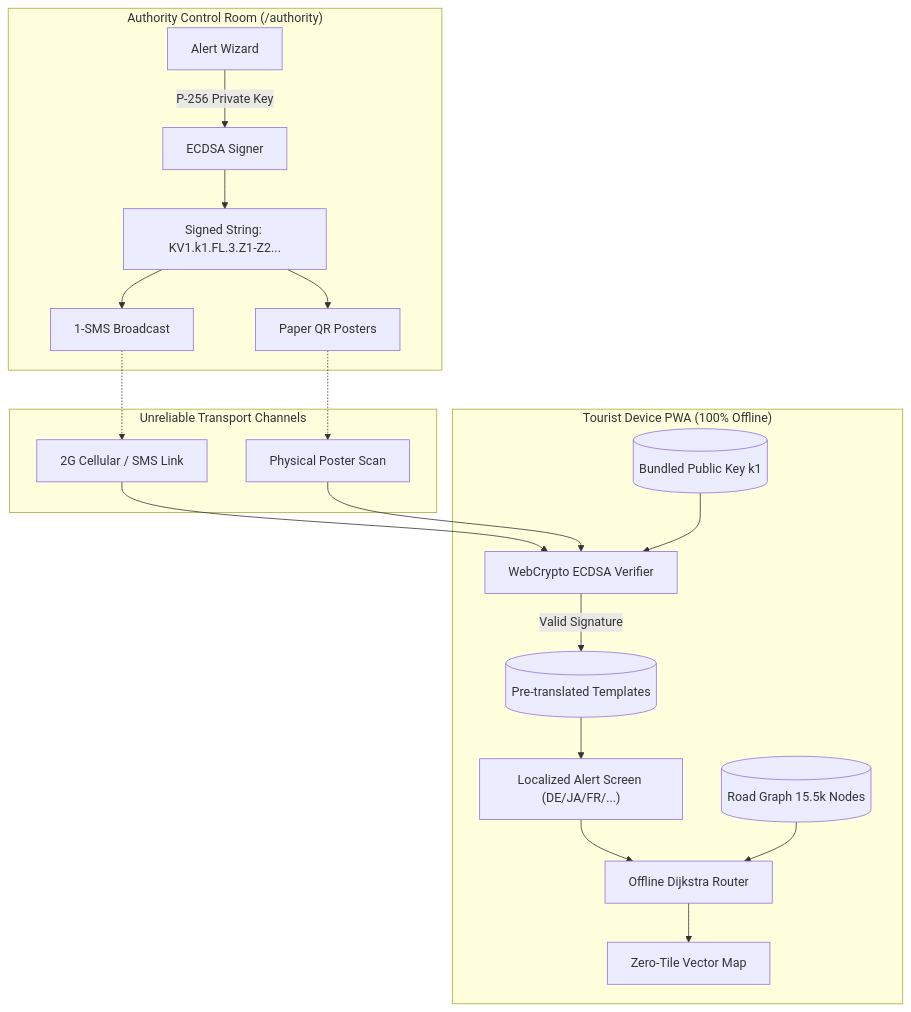
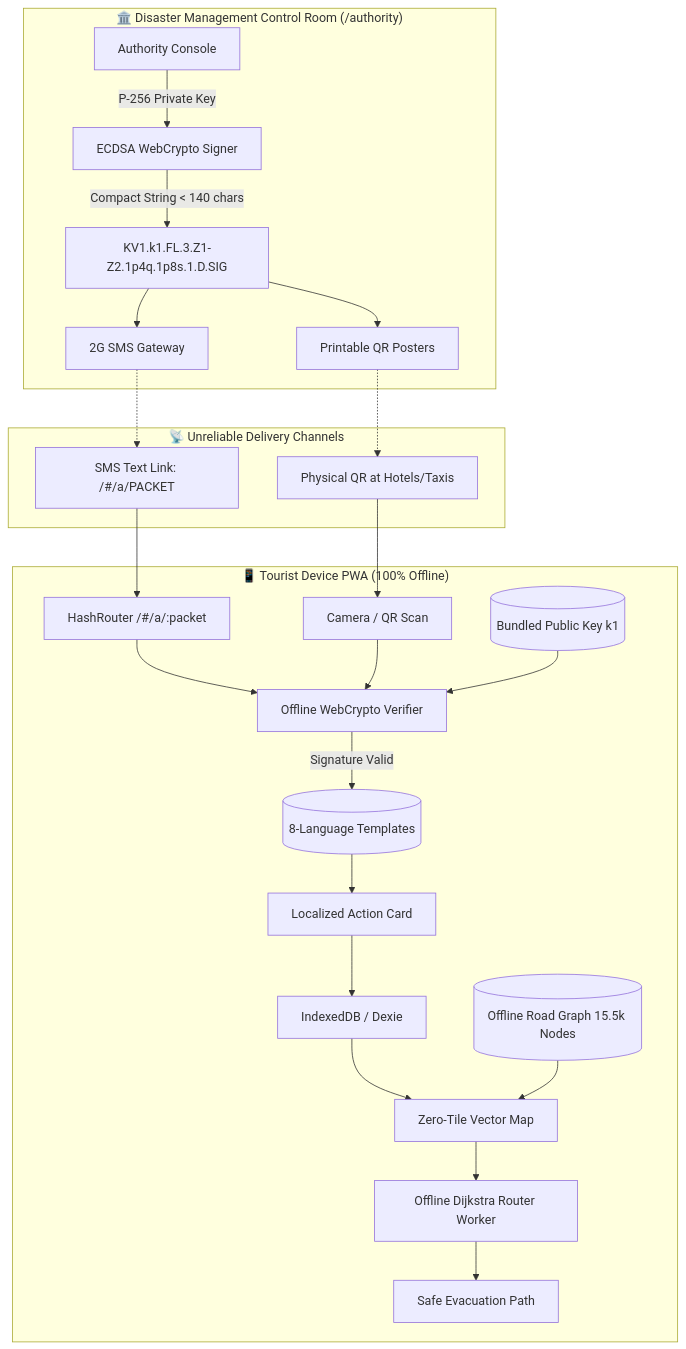
One commit to karthiktotad/kavach changed the second of 2 diagrams in README.md. Above: the diagram before and after it, drawn with Mermaid. The commit also changed other lines of this file, not shown here.

Commit message:
docs: finalize hackathon-grade README.md with comprehensive foreigner workflow, system architecture, and 3-minute judge evaluation guide

````diff
--- a/README.md
+++ b/README.md
@@ -217,25 +161,32 @@
 ```mermaid
 flowchart TD
-    subgraph Authority ["Authority Control Room (/authority)"]
-        W[Alert Wizard] -->|P-256 Private Key| SIGN[ECDSA Signer]
-        SIGN --> PACKET["Signed String: KV1.k1.FL.3.Z1-Z2..."]
-        PACKET --> SMS[1-SMS Broadcast]
-        PACKET --> QR[Paper QR Posters]
+    subgraph Authority ["🏛️ Disaster Management Control Room (/authority)"]
+        AUTH_UI[Authority Console] -->|P-256 Private Key| SIGNER[ECDSA WebCrypto Signer]
+        SIGNER -->|Compact String < 140 chars| PACKET["KV1.k1.FL.3.Z1-Z2.1p4q.1p8s.1.D.SIG"]
+        PACKET --> SMS_GATEWAY[2G SMS Gateway]
+        PACKET --> POSTER_GEN[Printable QR Posters]
     end
 
-    subgraph Channels ["Unreliable Transport Channels"]
-        SMS -.-> AIR[2G Cellular / SMS Link]
-        QR -.-> AIR2[Physical Poster Scan]
+    subgraph Transit ["📡 Unreliable Delivery Channels"]
+        SMS_GATEWAY -.-> SMS_LINK[SMS Text Link: /#/a/PACKET]
+        POSTER_GEN -.-> PHYSICAL_QR[Physical QR at Hotels/Taxis]
     end
 
-    subgraph Tourist ["Tourist Device PWA (100% Offline)"]
-        AIR --> VERIFY[WebCrypto ECDSA Verifier]
-        AIR2 --> VERIFY
-        PUB[(Bundled Public Key k1)] --> VERIFY
-        VERIFY -->|Valid Signature| TEMPLATES[(Pre-translated Templates)]
-        TEMPLATES --> UI["Localized Alert Screen (DE/JA/FR/...)"]
-        UI --> ROUTER[Offline Dijkstra Router]
-        ROADS[(Road Graph 15.5k Nodes)] --> ROUTER
-        ROUTER --> MAP[Zero-Tile Vector Map]
+    subgraph Client ["📱 Tourist Device PWA (100% Offline)"]
+        SMS_LINK --> ROUTER[HashRouter /#/a/:packet]
+        PHYSICAL_QR --> SCANNER[Camera / QR Scan]
+        ROUTER --> VERIFY_ENGINE[Offline WebCrypto Verifier]
+        SCANNER --> VERIFY_ENGINE
+        
+        PUB_KEY[(Bundled Public Key k1)] --> VERIFY_ENGINE
+        
+        VERIFY_ENGINE -->|Signature Valid| PACK_TEMPLATES[(8-Language Templates)]
+        PACK_TEMPLATES --> RENDER_ALERT[Localized Action Card]
+        
+        RENDER_ALERT --> STORE[IndexedDB / Dexie]
+        STORE --> MAP_ENGINE[Zero-Tile Vector Map]
+        ROADS_GRAPH[(Offline Road Graph 15.5k Nodes)] --> MAP_ENGINE
+        MAP_ENGINE --> DIJKSTRA[Offline Dijkstra Router Worker]
+        DIJKSTRA --> SAFE_ROUTE[Safe Evacuation Path]
     end
 ```
````
